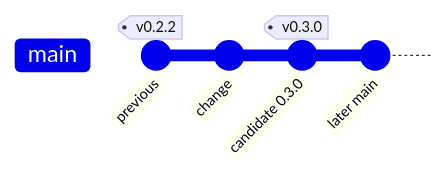
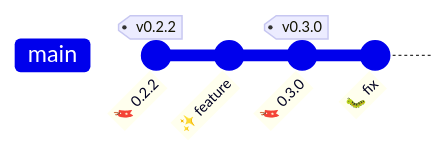
Before and after one commit to jkuball/presswerk: the diagram in docs/site/src/content/docs/guide/github-actions.md, drawn with Mermaid. The commit also changed other lines of this file, not shown here.

````diff
--- a/docs/site/src/content/docs/guide/github-actions.md
+++ b/docs/site/src/content/docs/guide/github-actions.md
@@ -98,7 +21,7 @@
-```mermaid A dispatched candidate remains the publication target after a later ordinary commit reaches main.
+```mermaid The push run of ✨ feature creates 🔖 0.3.0; the candidate run checks it and tags it, even after main has moved on to 🐛 fix.
 gitGraph
-  commit id: "previous" tag: "v0.2.2"
-  commit id: "change"
-  commit id: "candidate 0.3.0" tag: "v0.3.0"
-  commit id: "later main"
+  commit id: "🔖 0.2.2" tag: "v0.2.2"
+  commit id: "✨ feature"
+  commit id: "🔖 0.3.0" tag: "v0.3.0"
+  commit id: "🐛 fix"
 ```
````
